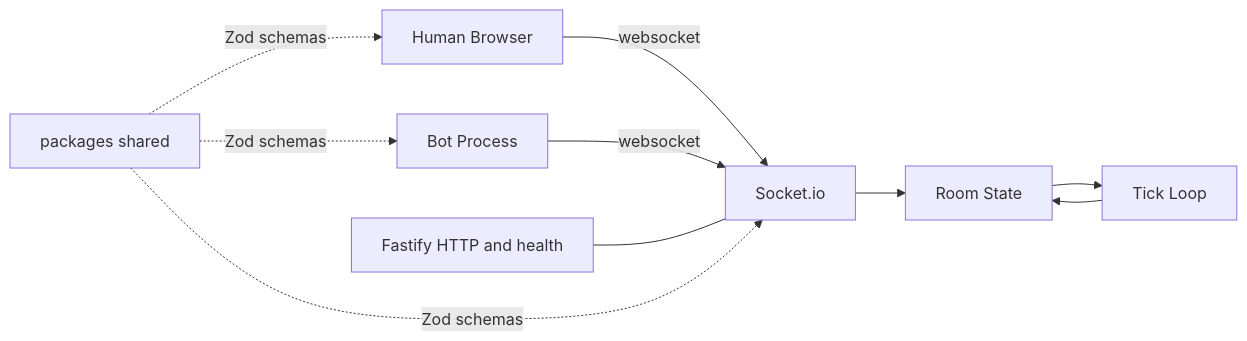
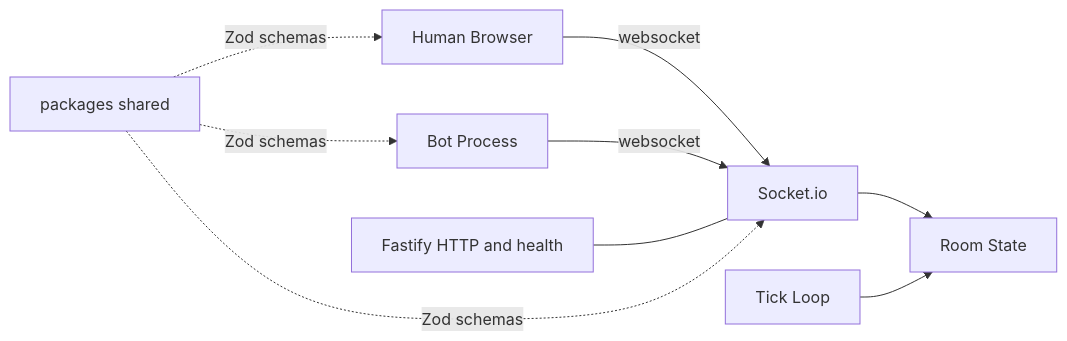
One commit to Archopoia/White-Exile changed the diagram in docs/architecture.md. Above: the diagram before and after it, drawn with Mermaid. The commit also changed other lines of this file and 20 other files, not shown here.

````diff
--- a/docs/architecture.md
+++ b/docs/architecture.md
@@ -5,19 +5,18 @@
 ```mermaid
 flowchart LR
   Browser[Human Browser]
   BotProc[Bot Process]
   Fastify[Fastify HTTP and health]
   IO[Socket.io]
   Room[Room State]
   Sim[Tick Loop]
   Shared[packages shared]
   Browser -->|websocket| IO
   BotProc -->|websocket| IO
   Fastify --- IO
   IO --> Room
-  Room --> Sim
   Sim --> Room
   Shared -.->|Zod schemas| Browser
   Shared -.->|Zod schemas| IO
   Shared -.->|Zod schemas| BotProc
 ```
````
